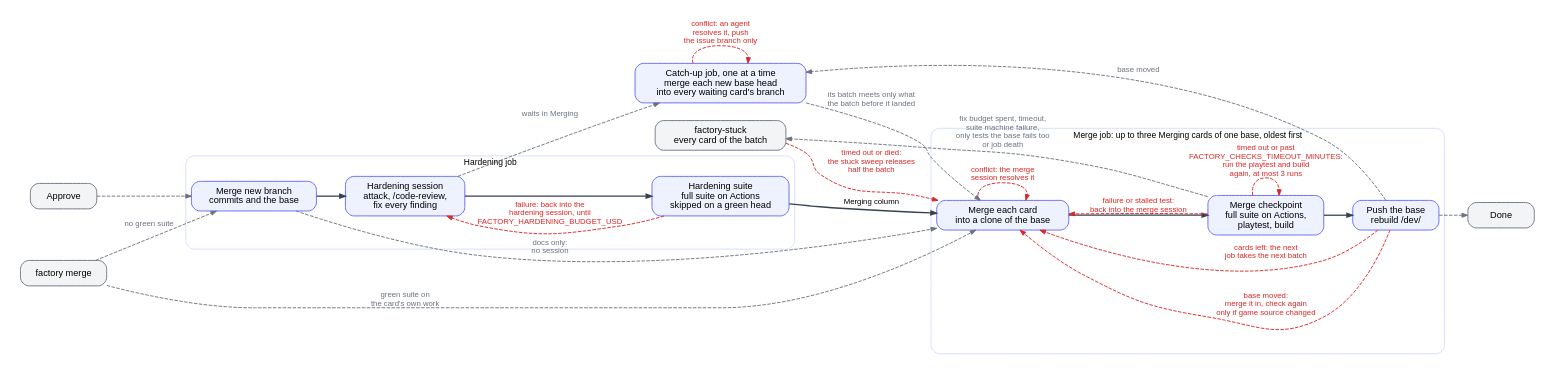
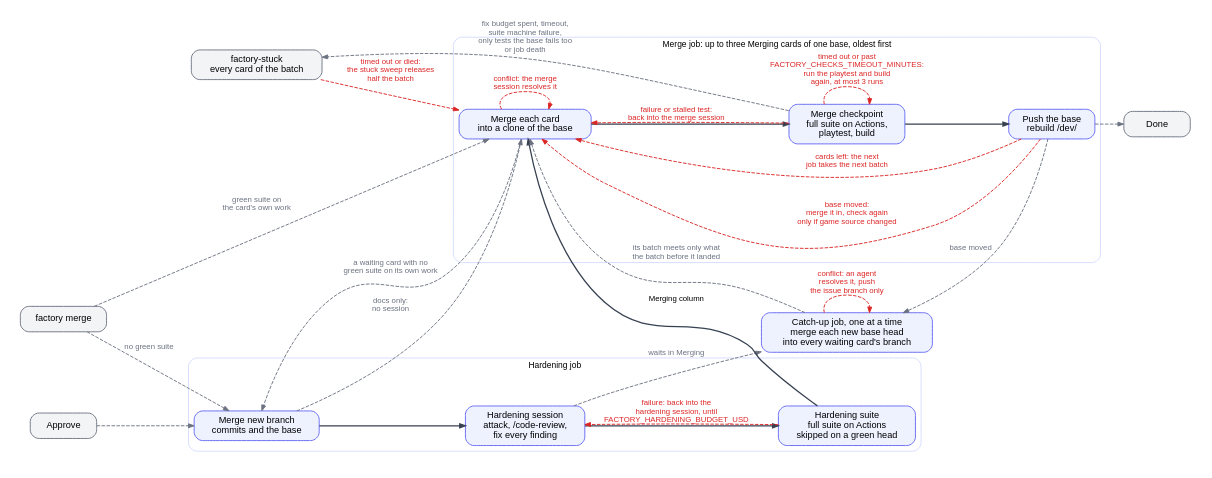
The diagram in factory/docs/diagrams/hardening.dot (ROAM-game-org/road-machiners), drawn with Graphviz before and after one commit. The commit also changed 4 other files, not shown here.

Commit message:
Each merge job sends a waiting card with no green suite on its own work to Hardening before it picks a batch, so a card dragged into Merging by hand runs the suite first, and a kept batch stays

```diff
--- a/factory/docs/diagrams/hardening.dot
+++ b/factory/docs/diagrams/hardening.dot
@@ -1,42 +1,43 @@
 // Hardening and Merging columns. One hardening session reviews and fixes an approved card. The merge queue checks up to three waiting cards of a base merged together before the base takes them, and the next job takes the rest. Each time a base moves, a catch-up job merges it into the branches of the waiting cards.
 // Red: loops back. Grey: leaves the column or enters from outside.
 digraph hardening {
   rankdir=LR; nodesep=0.35; ranksep=0.55; bgcolor=white; pad=0.3;
   node [shape=box, style="rounded,filled", fillcolor="#eef2ff", color="#6366f1", fontname="Helvetica", fontsize=13, margin="0.2,0.1", penwidth=1.3, width=1.3];
   edge [color="#374151", penwidth=1.8, arrowsize=0.8, fontname="Helvetica", fontsize=11];
   subgraph cluster_harden {
     label="Hardening job"; fontname="Helvetica"; fontsize=12; color="#c7d2fe"; style=rounded;
     HM [label="Merge new branch\ncommits and the base"]; HH [label="Hardening session\nattack, /code-review,\nfix every finding"]; HS [label="Hardening suite\nfull suite on Actions\nskipped on a green head"];
     HM -> HH -> HS [weight=100];
   }
   subgraph cluster_merge {
     label="Merge job: up to three Merging cards of one base, oldest first"; fontname="Helvetica"; fontsize=12; color="#c7d2fe"; style=rounded;
     MM [label="Merge each card\ninto a clone of the base"]; MC [label="Merge checkpoint\nfull suite on Actions,\nplaytest, build"]; MP [label="Push the base\nrebuild /dev/"];
     MM -> MC -> MP [weight=100];
   }
   HS -> MM [label="Merging column"];
   CU [label="Catch-up job, one at a time\nmerge each new base head\ninto every waiting card's branch"];
   XA [label="Approve", fillcolor="#f3f4f6", color="#6b7280"];
   XO [label="factory merge", fillcolor="#f3f4f6", color="#6b7280"];
   XS [label="factory-stuck\nevery card of the batch", fillcolor="#f3f4f6", color="#6b7280"];
   XN [label="Done", fillcolor="#f3f4f6", color="#6b7280"];
   edge [color="#dc2626", fontcolor="#dc2626", style=dashed, penwidth=1.3];
   MM -> MM [label="conflict: the merge\nsession resolves it"];
   HS -> HH [label="failure: back into the\nhardening session, until\nFACTORY_HARDENING_BUDGET_USD"];
   MC -> MM [label="failure or stalled test:\nback into the merge session"];
   MC -> MC [label="timed out or past\nFACTORY_CHECKS_TIMEOUT_MINUTES:\nrun the playtest and build\nagain, at most 3 runs"];
   MP -> MM [label="base moved:\nmerge it in, check again\nonly if game source changed"];
   XS -> MM [label="timed out or died:\nthe stuck sweep releases\nhalf the batch"];
   MP -> MM [label="cards left: the next\njob takes the next batch"];
   CU -> CU [label="conflict: an agent\nresolves it, push\nthe issue branch only"];
   edge [color="#6b7280", fontcolor="#6b7280"];
   XA -> HM;
   HM -> MM [label="docs only:\nno session"];
   XO -> MM [label="green suite on\nthe card's own work"];
   XO -> HM [label="no green suite"];
+  MM -> HM [label="a waiting card with no\ngreen suite on its own work"];
   MC -> XS [label="fix budget spent, timeout,\nsuite machine failure,\nonly tests the base fails too\nor job death"];
   MP -> XN;
   HH -> CU [label="waits in Merging"];
   MP -> CU [label="base moved"];
   CU -> MM [label="its batch meets only what\nthe batch before it landed"];
 }
```
